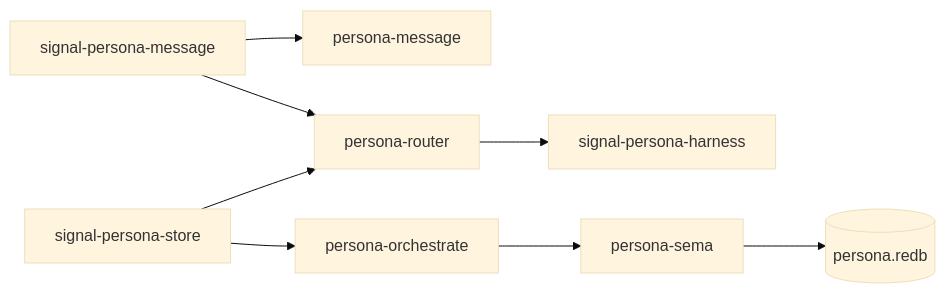
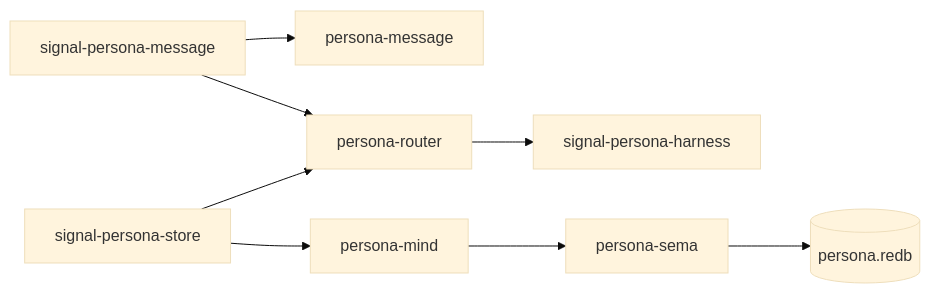
One commit to LiGoldragon/primary changed the first of 4 diagrams in reports/operator/74-signal-sema-persona-forward-implementation.md. Above: the diagram before and after it, drawn with Mermaid (base theme). The commit also changed other lines of this file and 11 other files, not shown here.

Commit message:
document persona-mind central rename

````diff
--- a/reports/operator/74-signal-sema-persona-forward-implementation.md
+++ b/reports/operator/74-signal-sema-persona-forward-implementation.md
@@ -26,10 +26,10 @@
 ```mermaid
 flowchart LR
     contract["signal-persona-message"] --> message["persona-message"]
     contract --> router["persona-router"]
     store_contract["signal-persona-store"] --> router
-    store_contract --> orchestrate["persona-orchestrate"]
+    store_contract --> orchestrate["persona-mind"]
     orchestrate --> sema["persona-sema"]
     sema --> database[("persona.redb")]
     router --> harness_contract["signal-persona-harness"]
 ```
````
